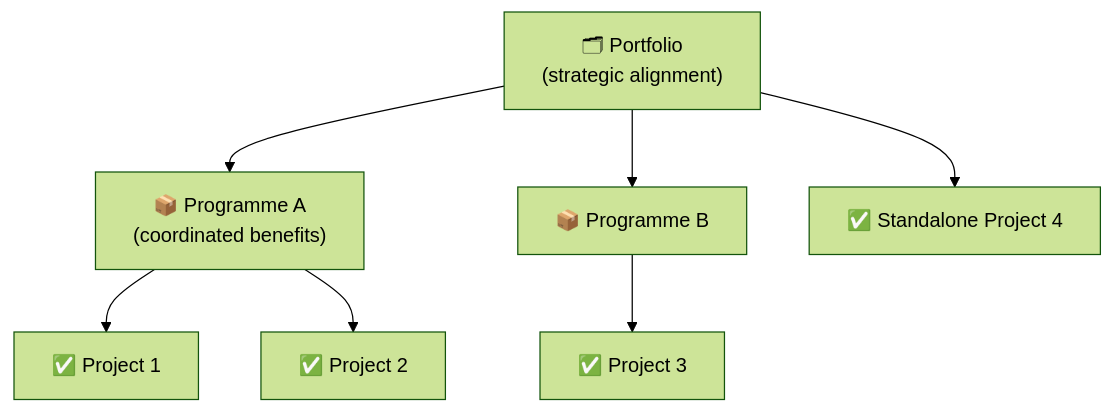
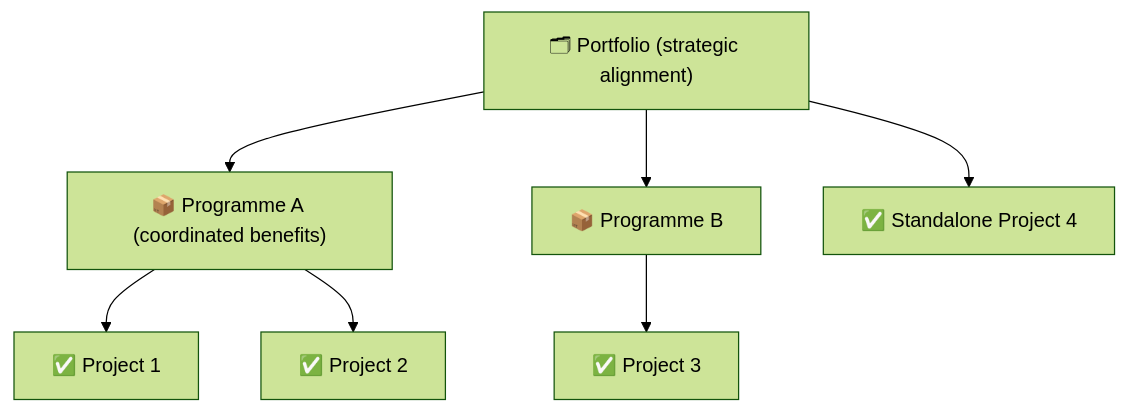
The second of 4 diagrams in modules/01-foundations.md (UncleJS/course_projectManagement), drawn with Mermaid (forest theme) before and after one commit. The commit also changed other lines of this file and 16 other files, not shown here.

Commit message:
Fix Mermaid rendering: remove literal \n from all diagram labels; quote unquoted & in flowchart nodes

````diff
--- a/modules/01-foundations.md
+++ b/modules/01-foundations.md
@@ -93,16 +93,16 @@
 ```mermaid
 flowchart TD
-    PF["🗂 Portfolio\n(strategic alignment)"]
-    PA["📦 Programme A\n(coordinated benefits)"]
+    PF["🗂 Portfolio (strategic alignment)"]
+    PA["📦 Programme A (coordinated benefits)"]
     PB["📦 Programme B"]
     P1["✅ Project 1"]
     P2["✅ Project 2"]
     P3["✅ Project 3"]
     P4["✅ Standalone Project 4"]
     PF --> PA
     PF --> PB
     PF --> P4
     PA --> P1
     PA --> P2
     PB --> P3
 ```
````
